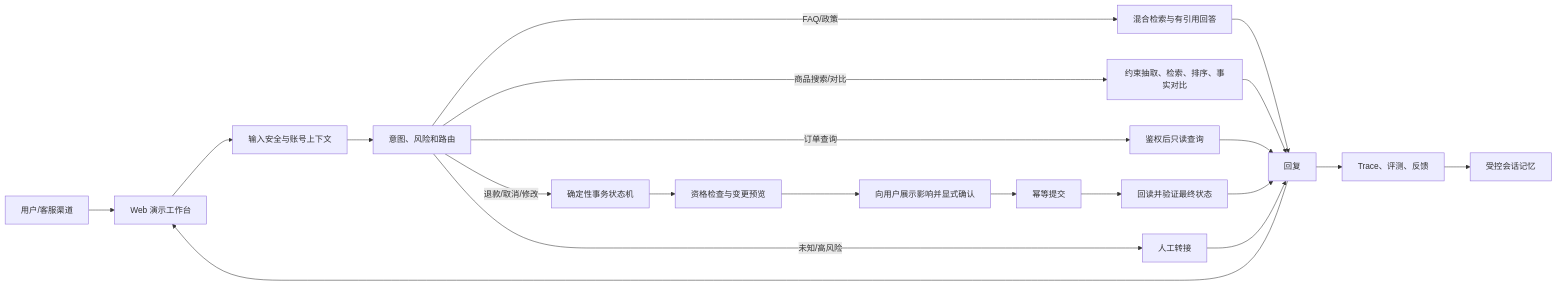
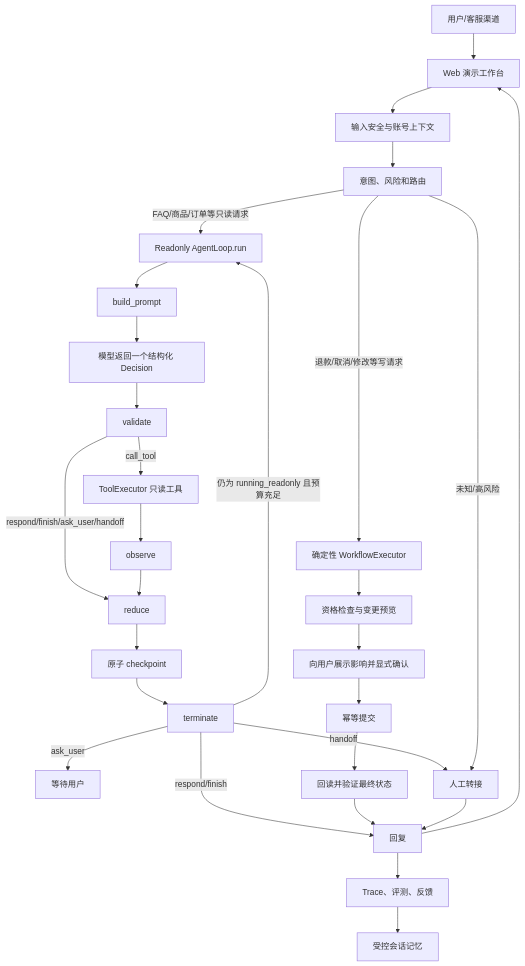
The first of 6 diagrams in docs/plan/feasibility-and-implementation-plan.md (MMMDY/CommerceAgent), drawn with Mermaid before and after one commit. The commit also changed other lines of this file and 1 other file, not shown here.

Commit message:
docs: 采用双执行器与有界 AgentLoop

````diff
--- a/docs/plan/feasibility-and-implementation-plan.md
+++ b/docs/plan/feasibility-and-implementation-plan.md
@@ -41,23 +42,31 @@
 ```mermaid
-flowchart LR
+flowchart TD
     U[用户/客服渠道] --> UI[Web 演示工作台]
     UI --> G[输入安全与账号上下文]
     G --> R[意图、风险和路由]
-    R -->|FAQ/政策| K[混合检索与有引用回答]
-    R -->|商品搜索/对比| S[约束抽取、检索、排序、事实对比]
-    R -->|订单查询| Q[鉴权后只读查询]
-    R -->|退款/取消/修改| W[确定性事务状态机]
+    R -->|FAQ/商品/订单等只读请求| L[Readonly AgentLoop.run]
+    L --> B[build_prompt]
+    B --> D[模型返回一个结构化 Decision]
+    D --> VAL[validate]
+    VAL -->|call_tool| TOOL[ToolExecutor 只读工具]
+    TOOL --> OBS[observe]
+    VAL -->|respond/finish/ask_user/handoff| REDUCE[reduce]
+    OBS --> REDUCE
+    REDUCE --> CP[原子 checkpoint]
+    CP --> TERM[terminate]
+    TERM -->|仍为 running_readonly 且预算充足| L
+    TERM -->|respond/finish| O[回复]
+    TERM -->|ask_user| A[等待用户]
+    TERM -->|handoff| H[人工转接]
+    R -->|退款/取消/修改等写请求| W[确定性 WorkflowExecutor]
     R -->|未知/高风险| H[人工转接]
     W --> P[资格检查与变更预览]
-    P --> C[向用户展示影响并显式确认]
-    C --> X[幂等提交]
+    P --> CONF[向用户展示影响并显式确认]
+    CONF --> X[幂等提交]
     X --> V[回读并验证最终状态]
-    K --> O[回复]
-    S --> O
-    Q --> O
     V --> O
     H --> O
     O --> UI
-    O --> T[Trace、评测、反馈]
-    T --> M[受控会话记忆]
+    O --> TRACE[Trace、评测、反馈]
+    TRACE --> M[受控会话记忆]
 ```
````
